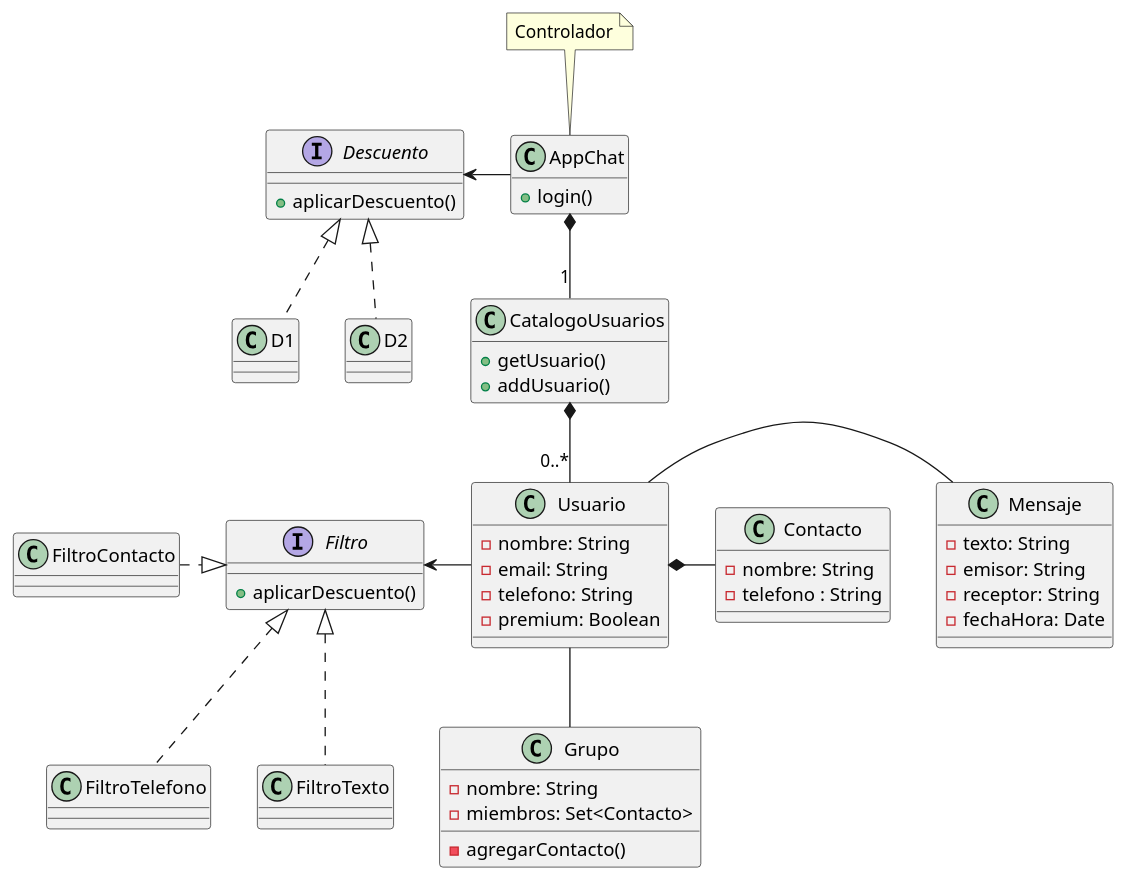
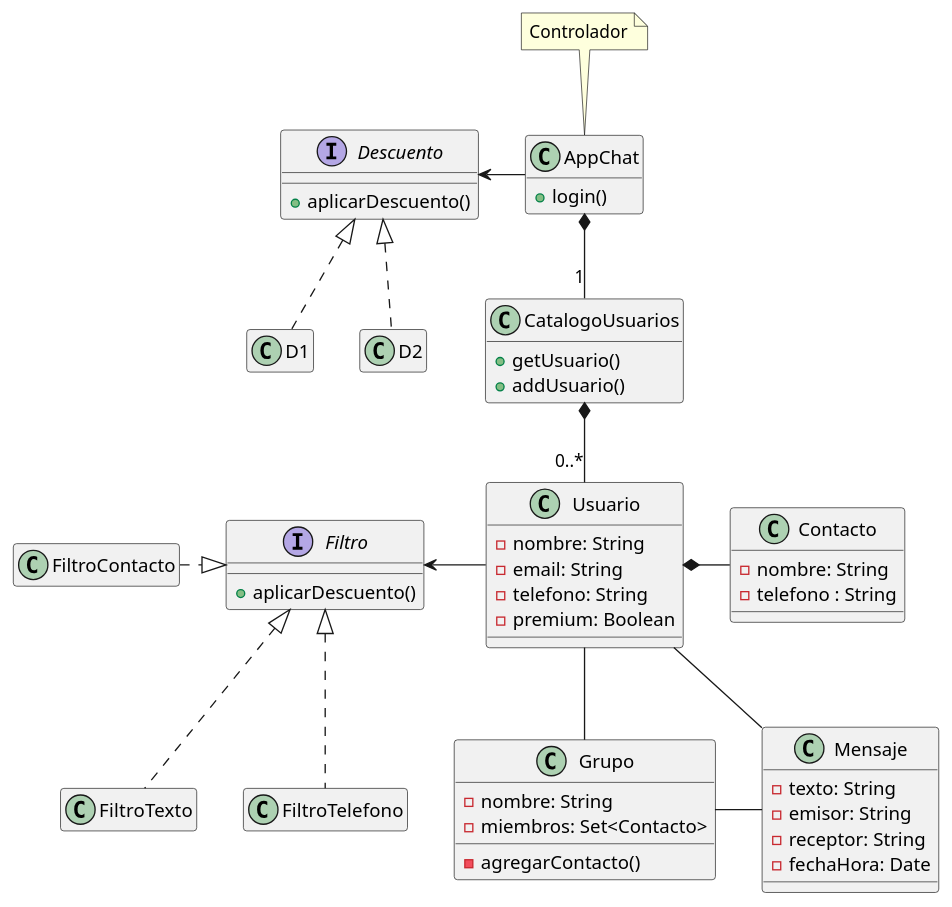
Before and after one commit to hsanchezm7/AppChat: the diagram in docs/clases/clases.puml, drawn with PlantUML. The commit also changed 4 other files, not shown here.

```diff
--- a/docs/clases/clases.puml
+++ b/docs/clases/clases.puml
@@ -1,71 +1,88 @@
 @startuml
 skinparam defaultFontName Helvetica
 
 interface Descuento {
     + aplicarDescuento()
 }
 
 Descuento <|.. D1
 Descuento <|.. D2
+
+hide D1 attributes
+hide D1 methods
+
+hide D2 attributes
+hide D2 methods
 
 class AppChat {
     +login()
 }
 
 hide AppChat attributes
 note top of AppChat : Controlador
 AppChat -left->  Descuento
 
 class CatalogoUsuarios {
     +getUsuario()
     +addUsuario()
 }
 
 hide CatalogoUsuarios attributes
 AppChat *-- "1" CatalogoUsuarios
 
 class Usuario {
     - nombre: String
     - email: String
     - telefono: String
     - premium: Boolean
 }
 
 CatalogoUsuarios *-- "0..*" Usuario
 
 class Contacto {
     - nombre: String
     - telefono : String
 }
 
 Usuario *-right- Contacto
 
 class Grupo {
     - nombre: String
     - miembros: Set<Contacto>
     - agregarContacto()
 }
 
 class Mensaje {
     - texto: String
     - emisor: String
     - receptor: String
     - fechaHora: Date
 }
 
 Usuario -right- Mensaje
 
+Grupo -right- Mensaje
+
 Usuario -down- Grupo
 
 interface Filtro {
     + aplicarDescuento()
 }
 
 Filtro  <|.. FiltroTexto
 Filtro  <|.left. FiltroContacto
 Filtro  <|.. FiltroTelefono
 
+hide FiltroTexto attributes
+hide FiltroTexto methods
+
+hide FiltroContacto attributes
+hide FiltroContacto methods
+
+hide FiltroTelefono attributes
+hide FiltroTelefono methods
+
 Usuario -left->  Filtro
 
 
 @enduml
```
